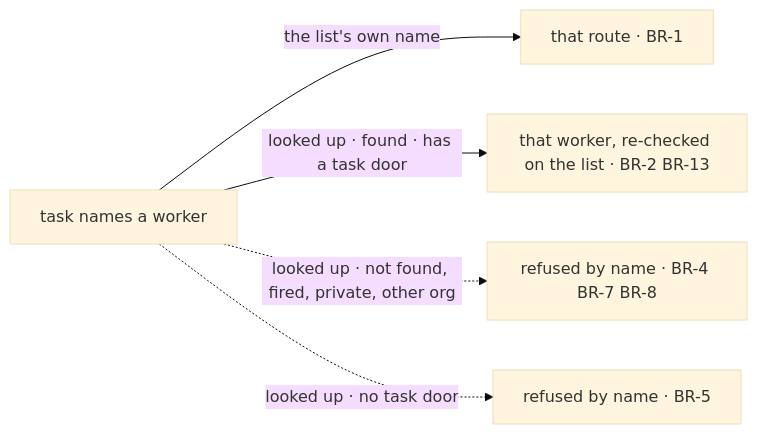
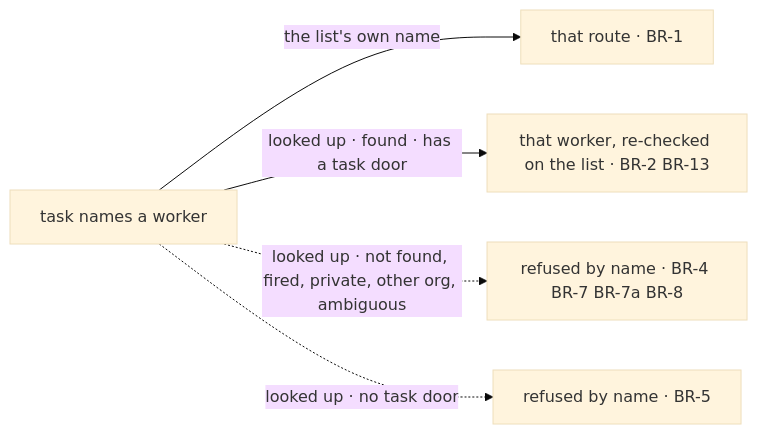
Before and after one commit to fixpoint-labs/flow-state-dev: the diagram in specs/issues/FIX-1778/BUSINESS-RULES.md, drawn with Mermaid (base theme). The commit also changed other lines of this file and 6 other files, not shown here.

First line of the commit message:
spec(FIX-1778): review round 1 — D3 fence open (recommend list's workers), ambiguous names, fired-worker rule, one gate

````diff
--- a/specs/issues/FIX-1778/BUSINESS-RULES.md
+++ b/specs/issues/FIX-1778/BUSINESS-RULES.md
@@ -46,7 +48,7 @@
 ```mermaid
 flowchart LR
   T["task names a worker"] -->|"the list's own name"| R["that route · BR-1"]
   T -->|"looked up · found · has a task door"| H["that worker, re-checked on the list · BR-2 BR-13"]
-  T -.->|"looked up · not found, fired, private, other org"| X["refused by name · BR-4 BR-7 BR-8"]
+  T -.->|"looked up · not found, fired, private, other org, ambiguous"| X["refused by name · BR-4 BR-7 BR-7a BR-8"]
   T -.->|"looked up · no task door"| Y["refused by name · BR-5"]
 ```
````
